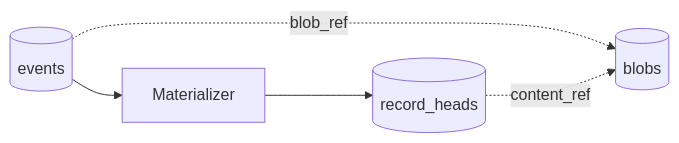
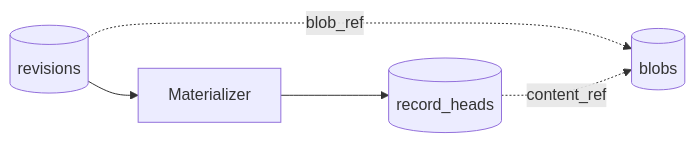
Before and after one commit to joshmcarthur/trove-project: the diagram in docs/concepts/records.md, drawn with Mermaid. The commit also changed other lines of this file and 18 other files, not shown here.

````diff
--- a/docs/concepts/records.md
+++ b/docs/concepts/records.md
@@ -23,10 +23,10 @@
 ```mermaid
 flowchart LR
-  events[(events)]
+  revisions[(revisions)]
   materializer[Materializer]
   records[(record_heads)]
   blobs[(blobs)]
-  events --> materializer --> records
-  events -.->|blob_ref| blobs
+  revisions --> materializer --> records
+  revisions -.->|blob_ref| blobs
   records -.->|content_ref| blobs
 ```
````
